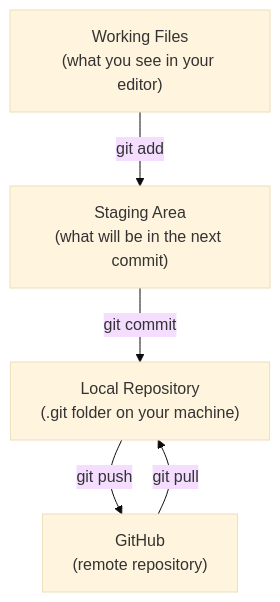
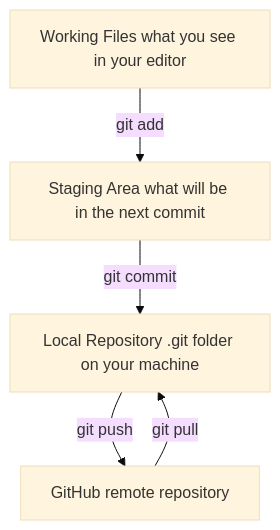
Before and after one commit to wongjinar-ai/expample: the second of 6 diagrams in learning/05-github.md, drawn with Mermaid (base theme). The commit also changed other lines of this file and 16 other files, not shown here.

````diff
--- a/learning/05-github.md
+++ b/learning/05-github.md
@@ -38,12 +38,12 @@
 ```mermaid
-graph TD
-    WorkingFiles["Working Files\n(what you see in your editor)"]
-    StagingArea["Staging Area\n(what will be in the next commit)"]
-    LocalRepo["Local Repository\n(.git folder on your machine)"]
-    GitHub["GitHub\n(remote repository)"]
+flowchart TD
+    WorkingFiles[Working Files what you see in your editor]
+    StagingArea[Staging Area what will be in the next commit]
+    LocalRepo[Local Repository .git folder on your machine]
+    GitHub[GitHub remote repository]
 
     WorkingFiles -->|"git add"| StagingArea
     StagingArea -->|"git commit"| LocalRepo
     LocalRepo -->|"git push"| GitHub
     GitHub -->|"git pull"| LocalRepo
 ```
````
